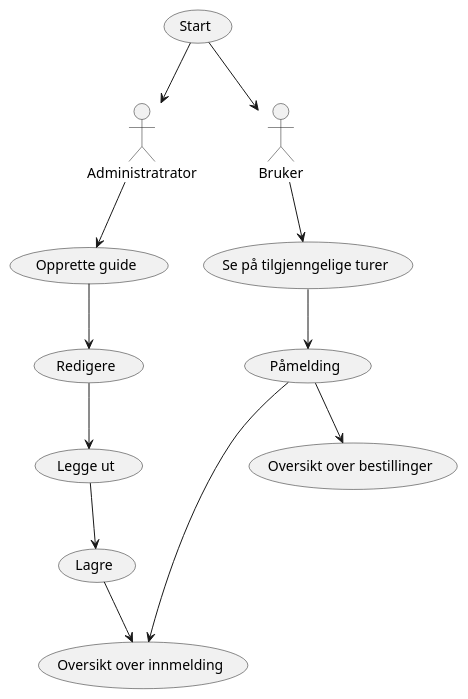
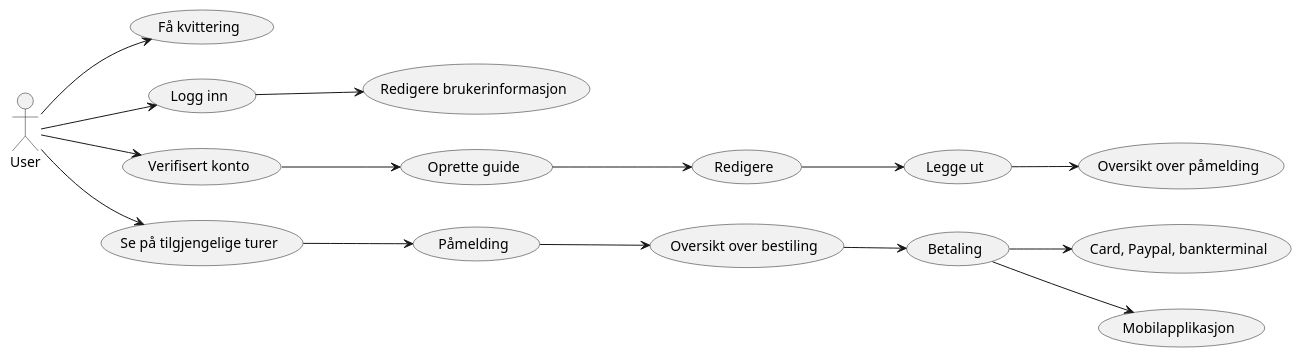
The diagram in use-case_diagram.puml (khadijo/Group18.YourGuide.Prototype), drawn with PlantUML before and after one commit.

Commit message:
The Updated Use Case Diagram to reflect a more accurate understanding of application requirements.Added the capability for users to both sign up for guides and post guides.

```diff
--- a/use-case_diagram.puml
+++ b/use-case_diagram.puml
@@ -1,22 +1,19 @@
 @startuml
-'https://plantuml.com/use-case-diagram
-
-:Administratrator: as Admin
-:Bruker:  as Bruker
-
-(Start) --> (Admin)
-(Start) --> (Bruker)
-
-(Admin) --> (Opprette guide)
-(Opprette guide) --> (Redigere)
+left to right direction
+:User: as User
+User --> (Få kvittering)
+User --> (Logg inn)
+(Logg inn) --> (Redigere brukerinformasjon)
+User --> (Verifisert konto)
+(Verifisert konto) --> (Oprette guide)
+(Oprette guide) --> (Redigere)
 (Redigere) --> (Legge ut)
-(Legge ut) --> (Lagre)
-(Lagre) --> (Oversikt over innmelding)
-
-(Bruker) --> (Se på tilgjenngelige turer)
-(Se på tilgjenngelige turer) --> (Påmelding)
-(Påmelding) --> (Oversikt over innmelding)
-(Påmelding) --> (Oversikt over bestillinger)
-
+(Legge ut) --> (Oversikt over påmelding)
+User --> (Se på tilgjengelige turer)
+(Se på tilgjengelige turer) --> (Påmelding)
+(Påmelding) --> (Oversikt over bestiling)
+(Oversikt over bestiling) --> (Betaling)
+(Betaling) --> (Card, Paypal, bankterminal)
+(Betaling) --> (Mobilapplikasjon)
 
 @enduml
```
